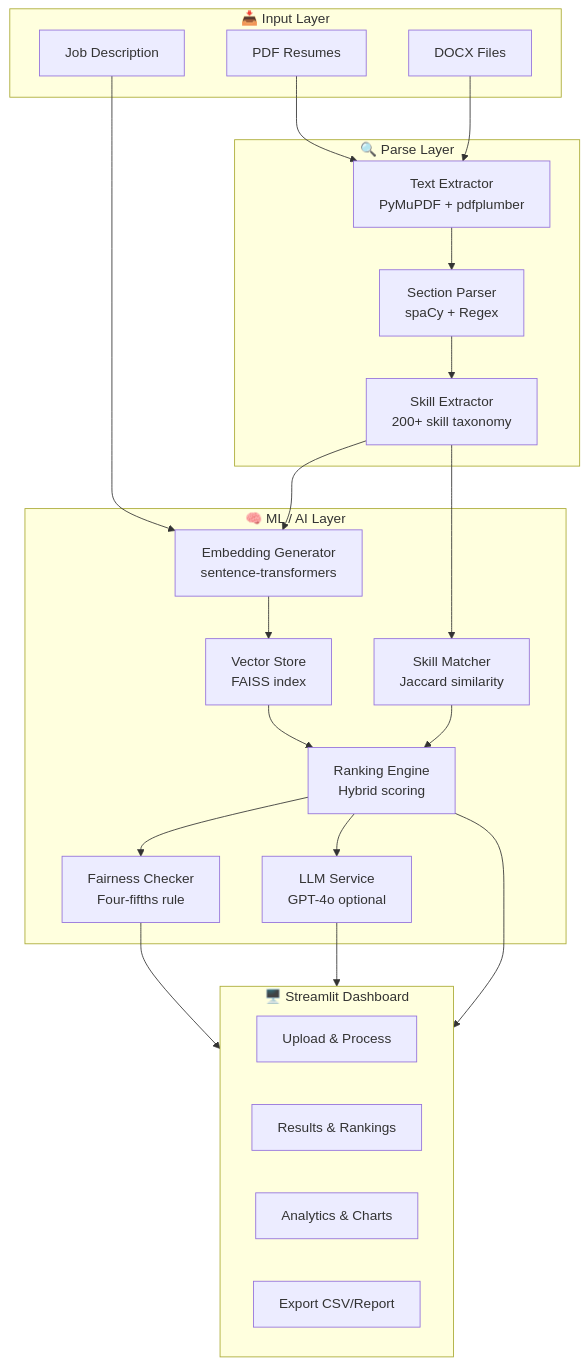
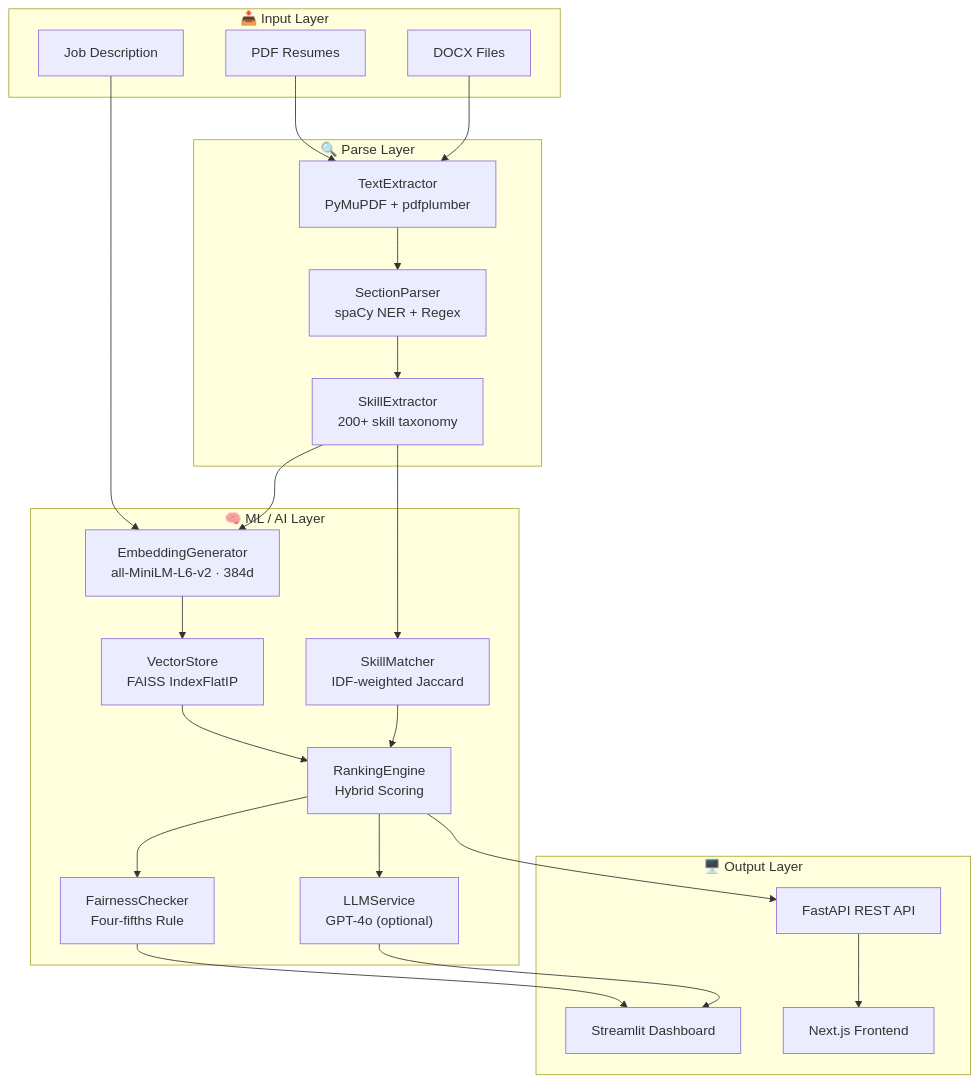
The diagram in README.md (kunal-gh/assignment), drawn with Mermaid before and after one commit. The commit also changed other lines of this file, not shown here.

Commit message:
docs: rewrite README from scratch - full tech architecture, live demo link, scoring formula, deployment guide

````diff
--- a/README.md
+++ b/README.md
@@ -162,44 +174,38 @@
 ```mermaid
 graph TB
     subgraph Input["📥 Input Layer"]
         PDF[PDF Resumes]
         DOCX[DOCX Files]
         JD[Job Description]
     end
-
     subgraph Parse["🔍 Parse Layer"]
-        TE[Text Extractor<br/>PyMuPDF + pdfplumber]
-        SP[Section Parser<br/>spaCy + Regex]
-        SE[Skill Extractor<br/>200+ skill taxonomy]
+        TE["TextExtractor<br/>PyMuPDF + pdfplumber"]
+        SP["SectionParser<br/>spaCy NER + Regex"]
+        SE["SkillExtractor<br/>200+ skill taxonomy"]
     end
-
     subgraph ML["🧠 ML / AI Layer"]
-        EG[Embedding Generator<br/>sentence-transformers]
-        VS[Vector Store<br/>FAISS index]
-        RE[Ranking Engine<br/>Hybrid scoring]
-        SM[Skill Matcher<br/>Jaccard similarity]
-        FC[Fairness Checker<br/>Four-fifths rule]
-        LLM[LLM Service<br/>GPT-4o optional]
+        EG["EmbeddingGenerator<br/>all-MiniLM-L6-v2 · 384d"]
+        VS["VectorStore<br/>FAISS IndexFlatIP"]
+        RE["RankingEngine<br/>Hybrid Scoring"]
+        SM["SkillMatcher<br/>IDF-weighted Jaccard"]
+        FC["FairnessChecker<br/>Four-fifths Rule"]
+        LLM["LLMService<br/>GPT-4o (optional)"]
     end
-
-    subgraph UI["🖥️ Streamlit Dashboard"]
-        UP[Upload & Process]
-        RES[Results & Rankings]
-        ANAL[Analytics & Charts]
-        EXP[Export CSV/Report]
+    subgraph Output["🖥️ Output Layer"]
+        ST[Streamlit Dashboard]
+        API[FastAPI REST API]
+        NX[Next.js Frontend]
     end
-
     PDF --> TE
     DOCX --> TE
-    TE --> SP --> SE
     JD --> EG
-    SE --> EG
-    EG --> VS
-    VS --> RE
+    TE --> SP --> SE --> EG
+    EG --> VS --> RE
     SE --> SM --> RE
     RE --> FC
     RE --> LLM
-    FC --> UI
-    LLM --> UI
-    RE --> UI
+    FC --> ST
+    LLM --> ST
+    RE --> API
+    API --> NX
 ```
````
